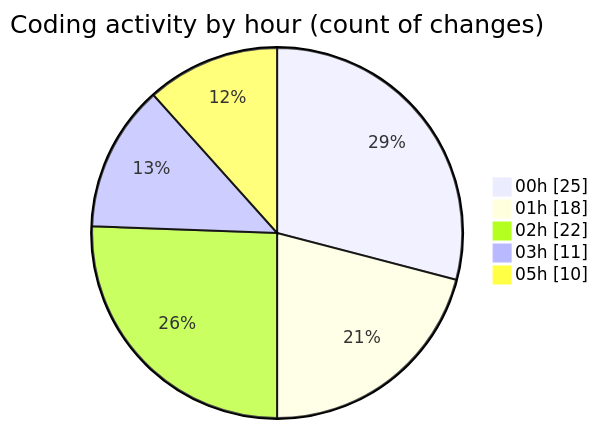
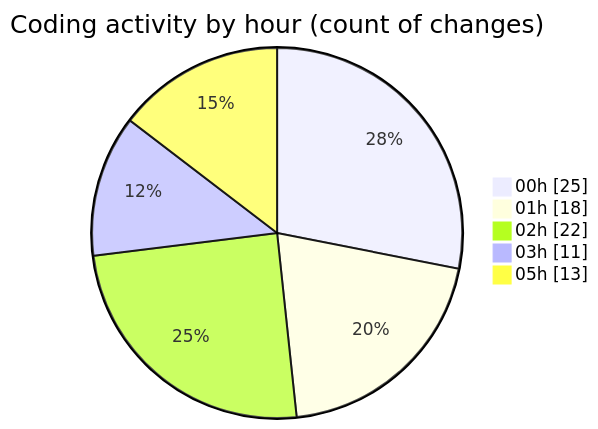
Before and after one commit to EIIisD/code-tracking: the second of 2 diagrams in 2025-07-18/ribbon/README.md, drawn with Mermaid. The commit also changed other lines of this file and 1 other file, not shown here.

````diff
--- a/2025-07-18/ribbon/README.md
+++ b/2025-07-18/ribbon/README.md
@@ -40,9 +40,9 @@
 ```mermaid
 pie showData
 title Coding activity by hour (count of changes)
 "00h" : 25
 "01h" : 18
 "02h" : 22
 "03h" : 11
-"05h" : 10
+"05h" : 13
 ```
````
